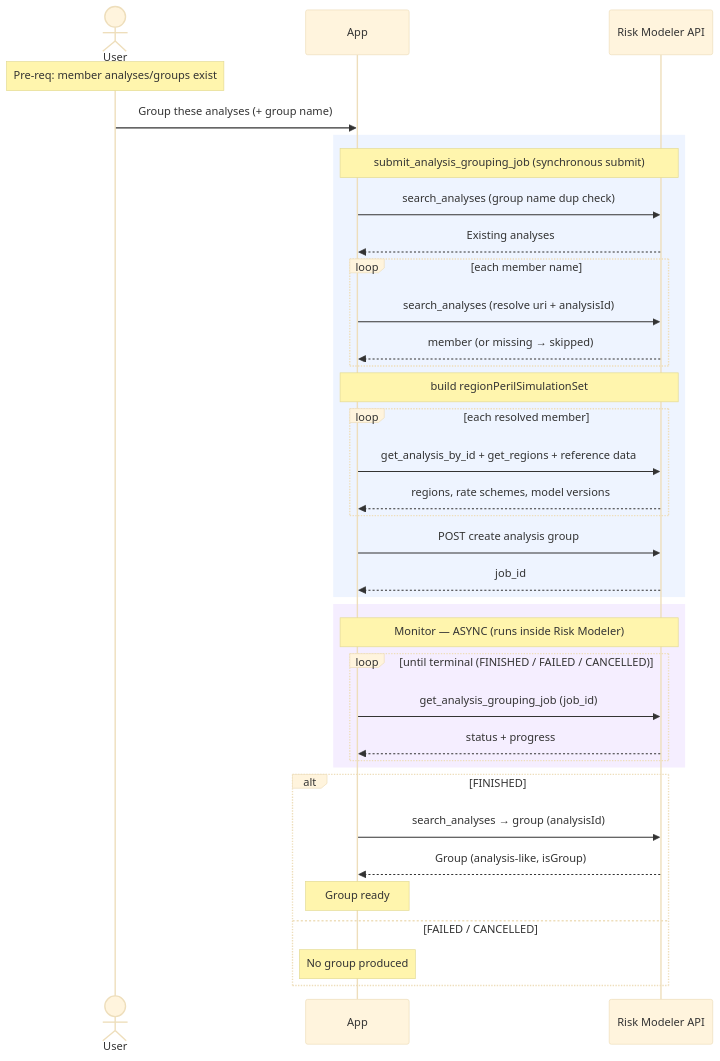
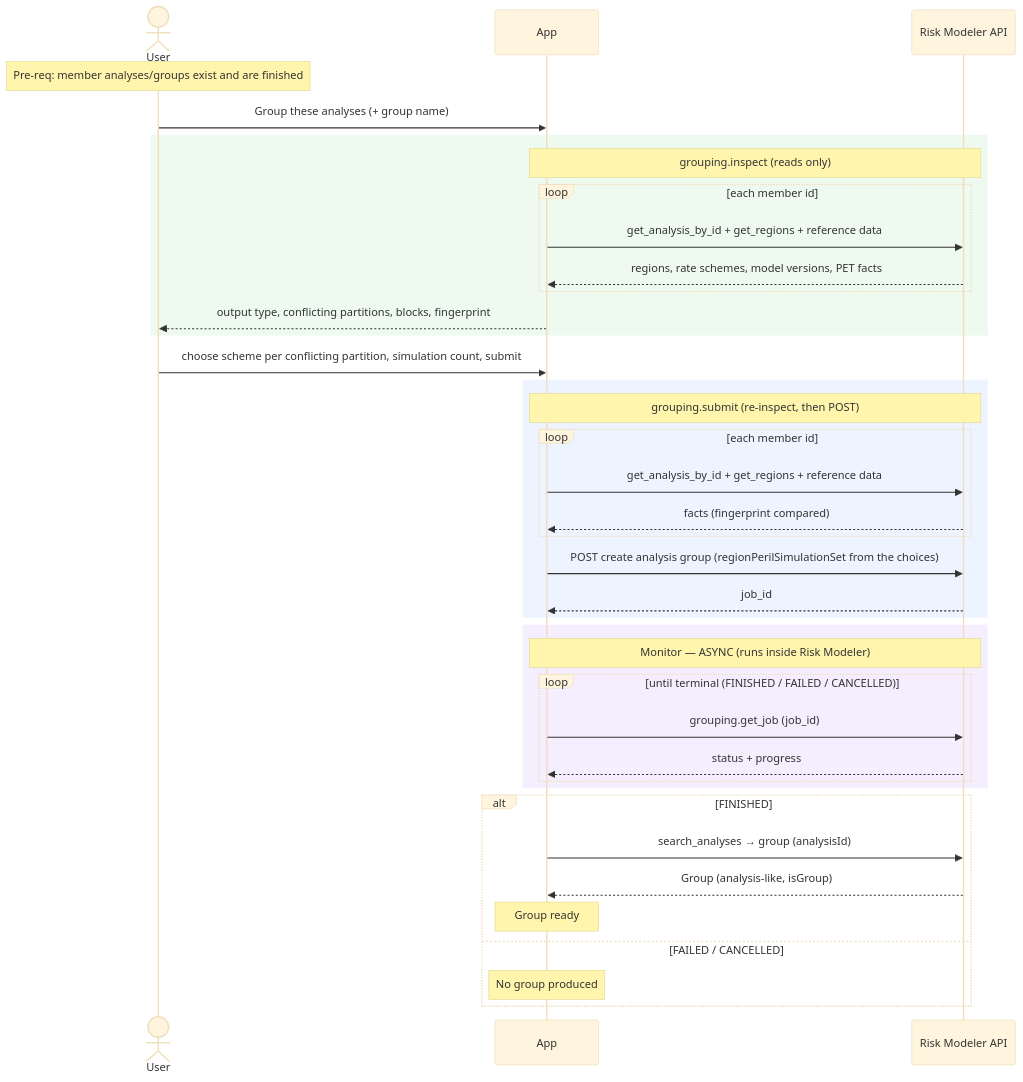
One commit to anilvenugopal/risk-workbench changed the diagram in docs/sequence_diagrams/planned/granular/grouping.md. Above: the diagram before and after it, drawn with Mermaid (base theme). The commit also changed other lines of this file and 11 other files, not shown here.

First line of the commit message:
Revise spec 012 for the inspect-then-submit grouping contract

````diff
--- a/docs/sequence_diagrams/planned/granular/grouping.md
+++ b/docs/sequence_diagrams/planned/granular/grouping.md
@@ -42,43 +47,47 @@
 ```mermaid
 sequenceDiagram
     actor User
     participant App
     participant RM as Risk Modeler API
 
-    Note over User: Pre-req: member analyses/groups exist
+    Note over User: Pre-req: member analyses/groups exist and are finished
 
     User->>App: Group these analyses (+ group name)
 
+    rect rgb(238, 250, 240)
+        Note over App,RM: grouping.inspect (reads only)
+        loop each member id
+            App->>RM: get_analysis_by_id + get_regions + reference data
+            RM-->>App: regions, rate schemes, model versions, PET facts
+        end
+        App-->>User: output type, conflicting partitions, blocks, fingerprint
+    end
+
+    User->>App: choose scheme per conflicting partition, simulation count, submit
+
     rect rgb(238, 244, 255)
-        Note over App,RM: submit_analysis_grouping_job (synchronous submit)
-        App->>RM: search_analyses (group name dup check)
-        RM-->>App: Existing analyses
-        loop each member name
-            App->>RM: search_analyses (resolve uri + analysisId)
-            RM-->>App: member (or missing → skipped)
+        Note over App,RM: grouping.submit (re-inspect, then POST)
+        loop each member id
+            App->>RM: get_analysis_by_id + get_regions + reference data
+            RM-->>App: facts (fingerprint compared)
         end
-        Note over App,RM: build regionPerilSimulationSet
-        loop each resolved member
-            App->>RM: get_analysis_by_id + get_regions + reference data
-            RM-->>App: regions, rate schemes, model versions
-        end
-        App->>RM: POST create analysis group
+        App->>RM: POST create analysis group (regionPerilSimulationSet from the choices)
         RM-->>App: job_id
     end
 
     rect rgb(245, 238, 255)
         Note over App,RM: Monitor — ASYNC (runs inside Risk Modeler)
         loop until terminal (FINISHED / FAILED / CANCELLED)
-            App->>RM: get_analysis_grouping_job (job_id)
+            App->>RM: grouping.get_job (job_id)
             RM-->>App: status + progress
         end
     end
 
     alt FINISHED
         App->>RM: search_analyses → group (analysisId)
         RM-->>App: Group (analysis-like, isGroup)
         Note over App: Group ready
     else FAILED / CANCELLED
         Note over App: No group produced
     end
 ```
````
